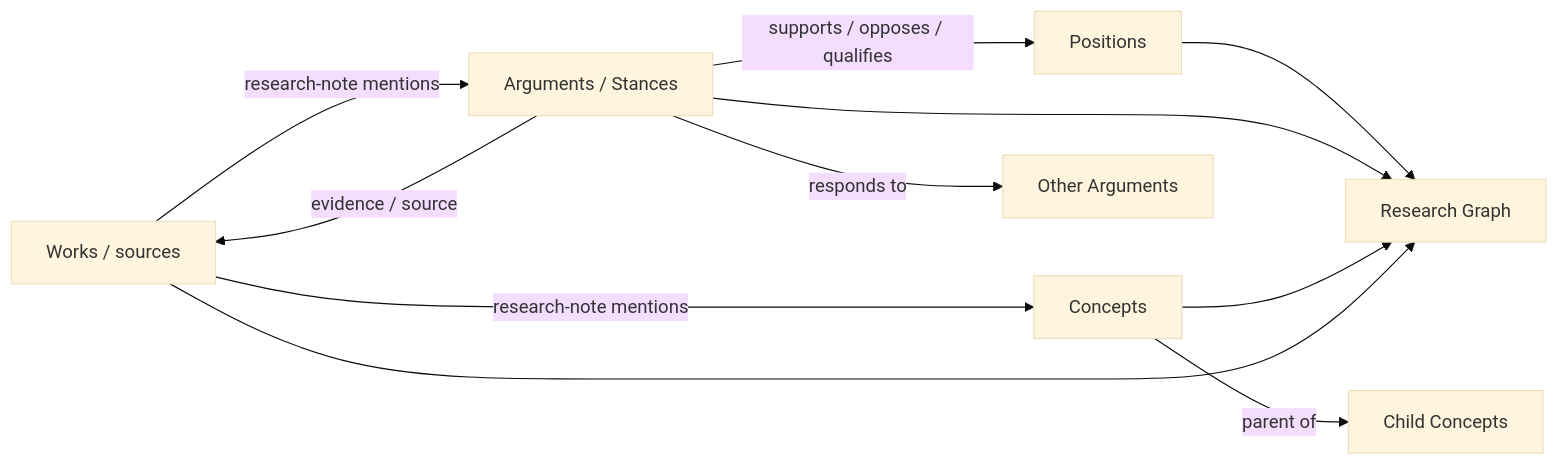
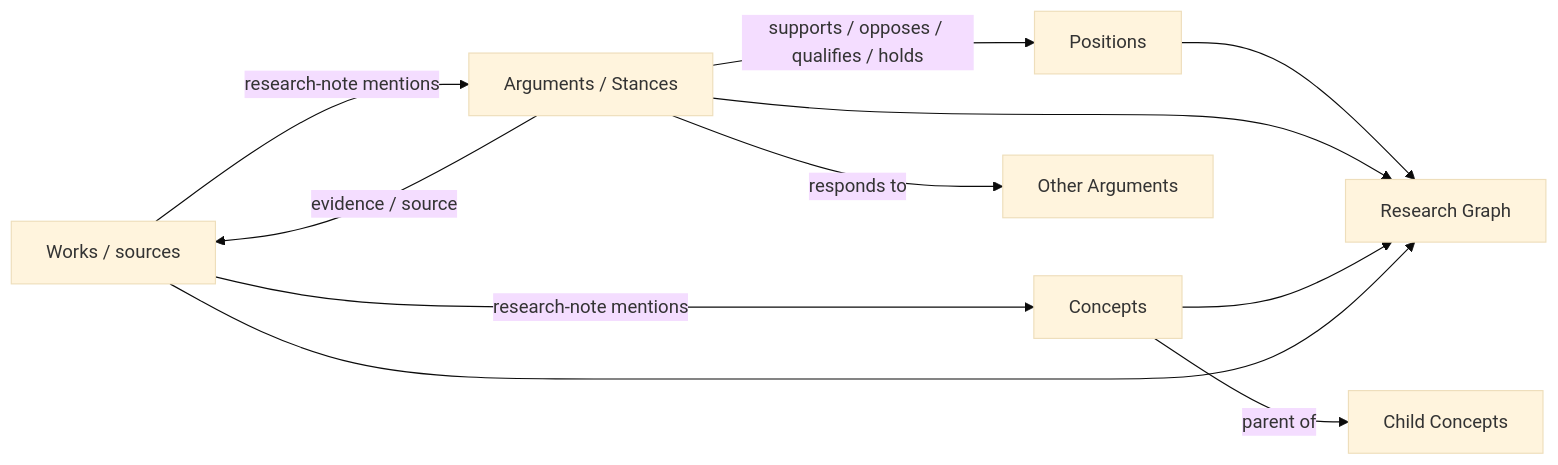
The diagram in docs/wiki/Research-Network.md (Fooftilly/PRKS), drawn with Mermaid (base theme) before and after one commit.

Commit message:
docs: include holds in research-network diagram
Align the Argument→Position Mermaid edge label with the page text
(support / oppose / qualify / hold).

````diff
--- a/docs/wiki/Research-Network.md
+++ b/docs/wiki/Research-Network.md
@@ -5,13 +5,13 @@
 ```mermaid
 flowchart LR
     W[Works / sources] -->|research-note mentions| A[Arguments / Stances]
     A -->|evidence / source| W
     W -->|research-note mentions| C[Concepts]
     C -->|parent of| C2[Child Concepts]
-    A -->|supports / opposes / qualifies| P[Positions]
+    A -->|supports / opposes / qualifies / holds| P[Positions]
     A -->|responds to| A2[Other Arguments]
     P --> G[Research Graph]
     A --> G
     C --> G
     W --> G
 ```
````
